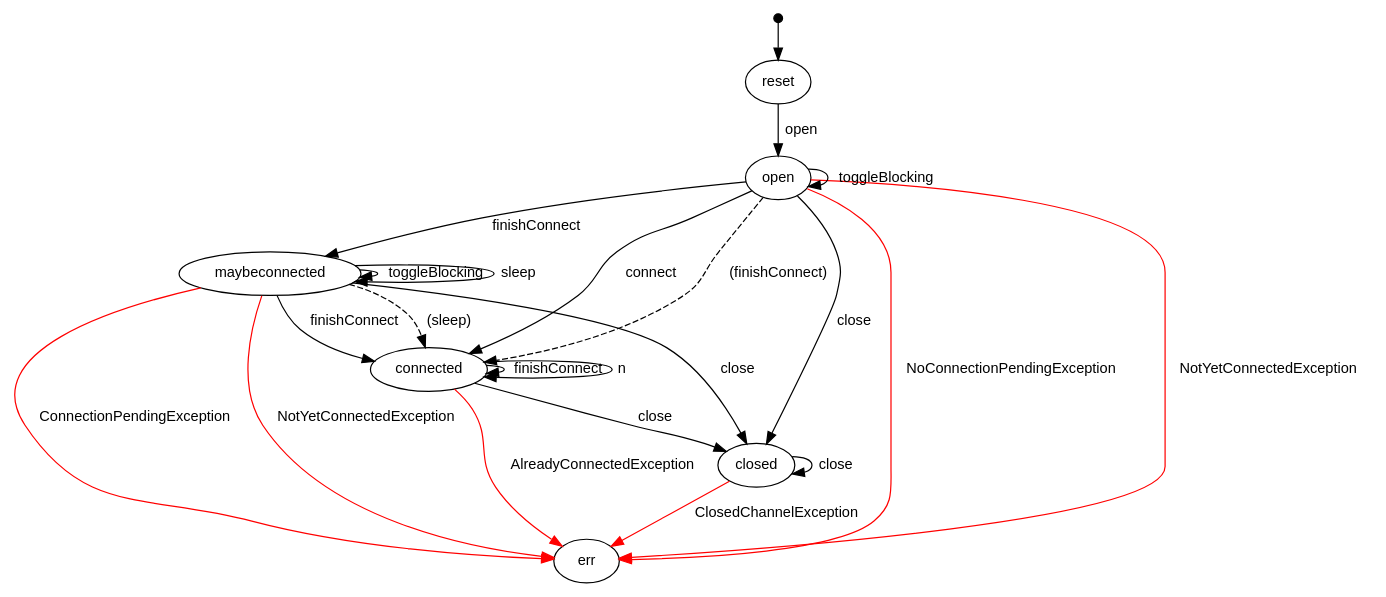
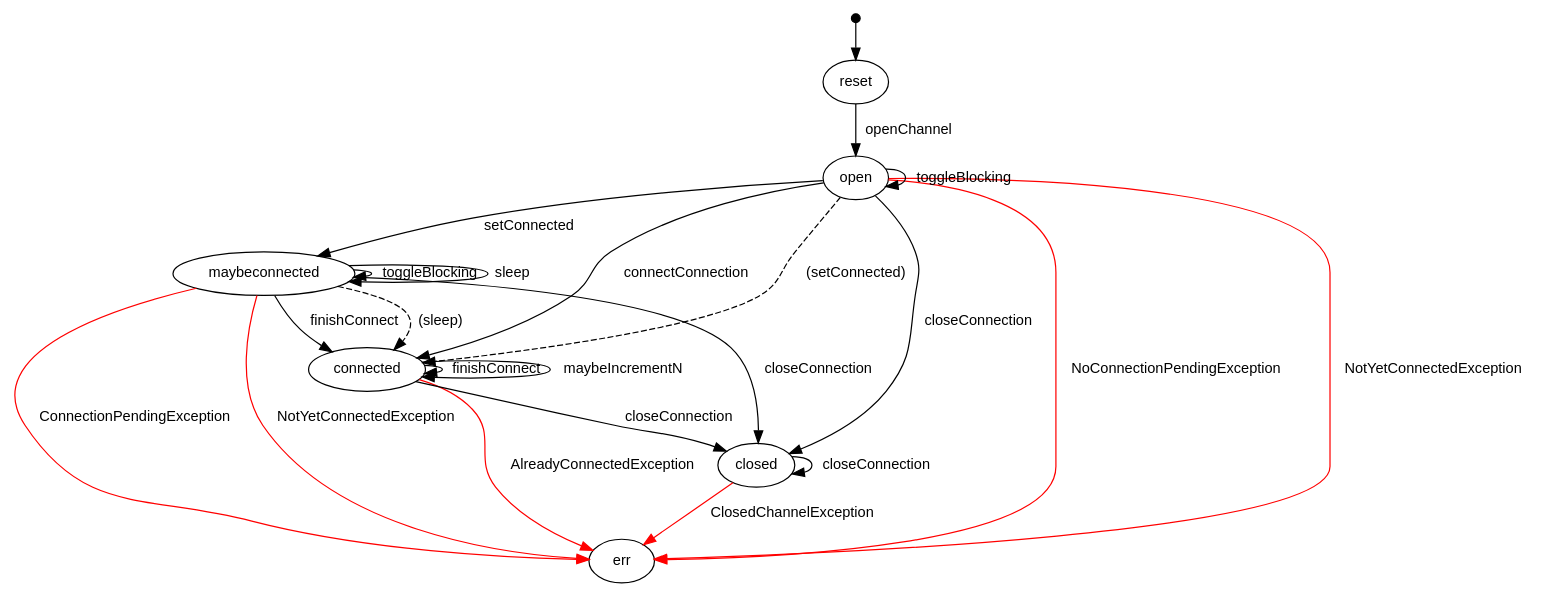
Before and after one commit to nour95/modbat: the diagram in z_dot/modbat.examples.bes.undone.JavaNioSocket_graph.dot, drawn with Graphviz. The commit also changed 20 other files, not shown here.

```diff
--- a/z_dot/modbat.examples.bes.undone.JavaNioSocket_graph.dot
+++ b/z_dot/modbat.examples.bes.undone.JavaNioSocket_graph.dot
@@ -1,28 +1,28 @@
 digraph model {
   graph [ rankdir = "TB", ranksep="0.4", nodesep="0.2" ];
   node [ fontname = "Helvetica", fontsize="12.0", margin="0.07" ];
   edge [ fontname = "Helvetica", fontsize="12.0", margin="0.05" ];
   "" [ shape = "point", height="0.1" ];
   "" -> reset
   connected	-> err [ label = " AlreadyConnectedException " color = "red" ];
   connected	-> connected [ label = " finishConnect " ];
-  connected	-> connected [ label = " n " ];
-  connected	-> closed [ label = " close " ];
-  reset	-> open [ label = " open " ];
+  connected	-> connected [ label = " maybeIncrementN " ];
+  connected	-> closed [ label = " closeConnection " ];
+  reset	-> open [ label = " openChannel " ];
   maybeconnected	-> maybeconnected [ label = " toggleBlocking " ];
   maybeconnected	-> connected [ label = " finishConnect " ];
   maybeconnected	-> maybeconnected [ label = " sleep " ];
   maybeconnected	-> connected [ label = " (sleep) " style = "dashed" ];
   maybeconnected	-> err [ label = " ConnectionPendingException " color = "red" ];
   maybeconnected	-> err [ label = " NotYetConnectedException " color = "red" ];
-  maybeconnected	-> closed [ label = " close " ];
+  maybeconnected	-> closed [ label = " closeConnection " ];
   open	-> open [ label = " toggleBlocking " ];
-  open	-> connected [ label = " connect " ];
-  open	-> maybeconnected [ label = " finishConnect " ];
-  open	-> connected [ label = " (finishConnect) " style = "dashed" ];
+  open	-> connected [ label = " connectConnection " ];
+  open	-> maybeconnected [ label = " setConnected " ];
+  open	-> connected [ label = " (setConnected) " style = "dashed" ];
   open	-> err [ label = " NoConnectionPendingException " color = "red" ];
   open	-> err [ label = " NotYetConnectedException " color = "red" ];
-  open	-> closed [ label = " close " ];
-  closed	-> closed [ label = " close " ];
+  open	-> closed [ label = " closeConnection " ];
+  closed	-> closed [ label = " closeConnection " ];
   closed	-> err [ label = " ClosedChannelException " color = "red" ];
 }
```
